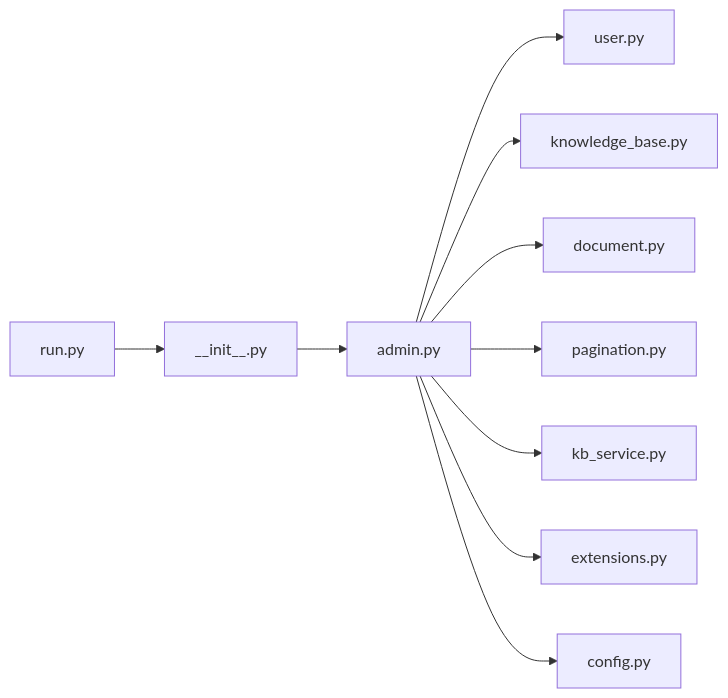
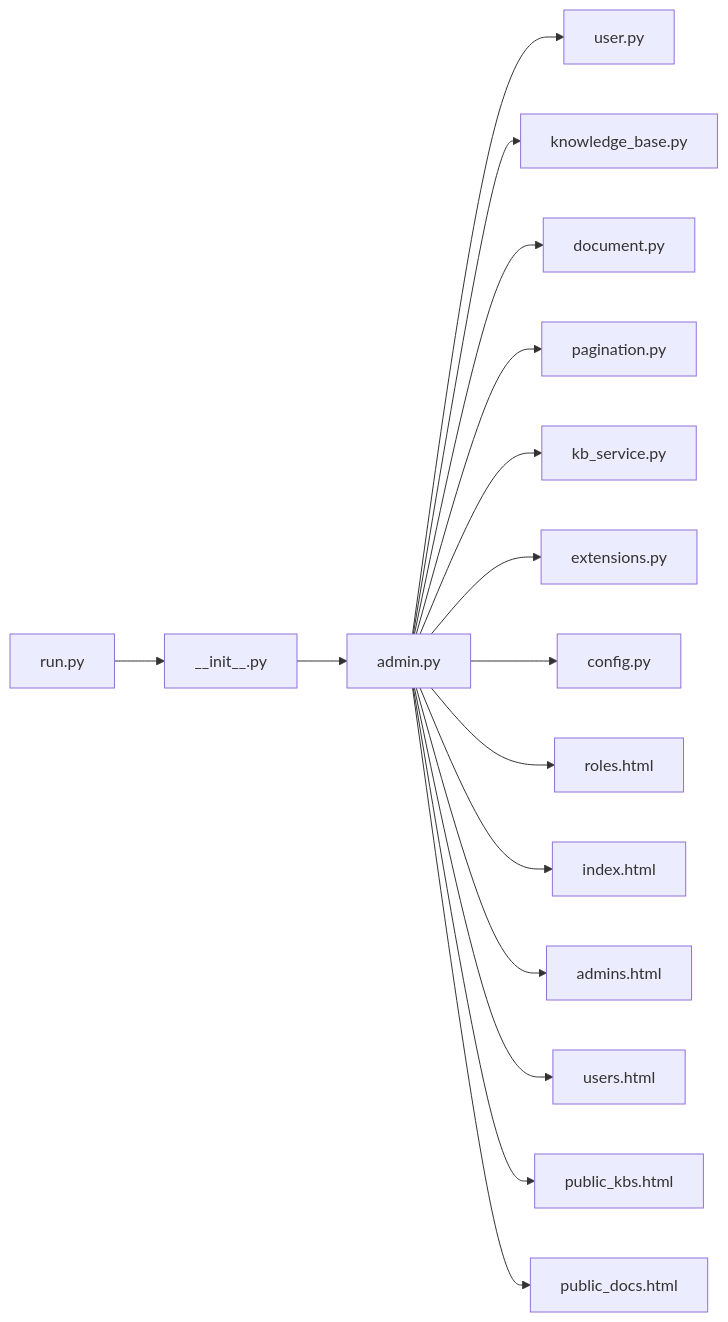
Before and after one commit to beyondalbert/my_wiki: the eighth of 8 diagrams in .qoder/repowiki/zh/content/架构设计/蓝图系统设计/管理员蓝图 (Admin Blueprint).md, drawn with Mermaid. The commit also changed other lines of this file and 11 other files, not shown here.

````diff
--- a/.qoder/repowiki/zh/content/架构设计/蓝图系统设计/管理员蓝图 (Admin Blueprint).md
+++ b/.qoder/repowiki/zh/content/架构设计/蓝图系统设计/管理员蓝图 (Admin Blueprint).md
@@ -377,12 +424,18 @@
 ```mermaid
 graph LR
 AdminBP["admin.py"] --> UserM["user.py"]
 AdminBP --> KBM["knowledge_base.py"]
 AdminBP --> DocM["document.py"]
 AdminBP --> PagU["pagination.py"]
 AdminBP --> KBSvc["kb_service.py"]
 AdminBP --> Ext["extensions.py"]
 AdminBP --> Cfg["config.py"]
+AdminBP --> RolesTpl["roles.html"]
+AdminBP --> IndexTpl["index.html"]
+AdminBP --> AdminsTpl["admins.html"]
+AdminBP --> UsersTpl["users.html"]
+AdminBP --> PKBsTpl["public_kbs.html"]
+AdminBP --> PDocsTpl["public_docs.html"]
 InitApp["__init__.py"] --> AdminBP
 Run["run.py"] --> InitApp
 ```
````
